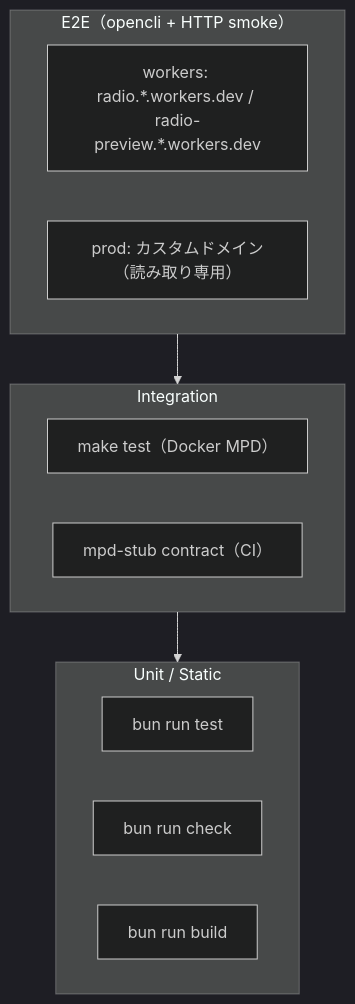
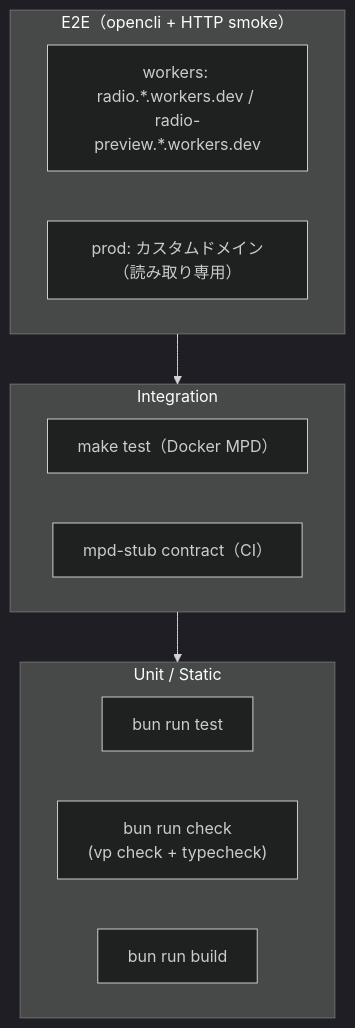
Before and after one commit to budybye/radio: the first of 2 diagrams in docs/test.md, drawn with Mermaid (dark theme). The commit also changed other lines of this file and 3 other files, not shown here.

First line of the commit message:
chore(workers): add tsc typecheck to check script and CI

````diff
--- a/docs/test.md
+++ b/docs/test.md
@@ -6,21 +6,21 @@
 ```mermaid
 flowchart TB
   subgraph e2e["E2E（opencli + HTTP smoke）"]
     Workers["workers: radio.*.workers.dev / radio-preview.*.workers.dev"]
     Prod["prod: カスタムドメイン（読み取り専用）"]
   end
 
   subgraph integration["Integration"]
     MakeTest["make test（Docker MPD）"]
     MpdStub["mpd-stub contract（CI）"]
   end
 
   subgraph unit["Unit / Static"]
     Vitest["bun run test"]
-    Check["bun run check"]
+    Check["bun run check<br/>(vp check + typecheck)"]
     Build["bun run build"]
   end
 
   e2e --> integration
   integration --> unit
 ```
````
